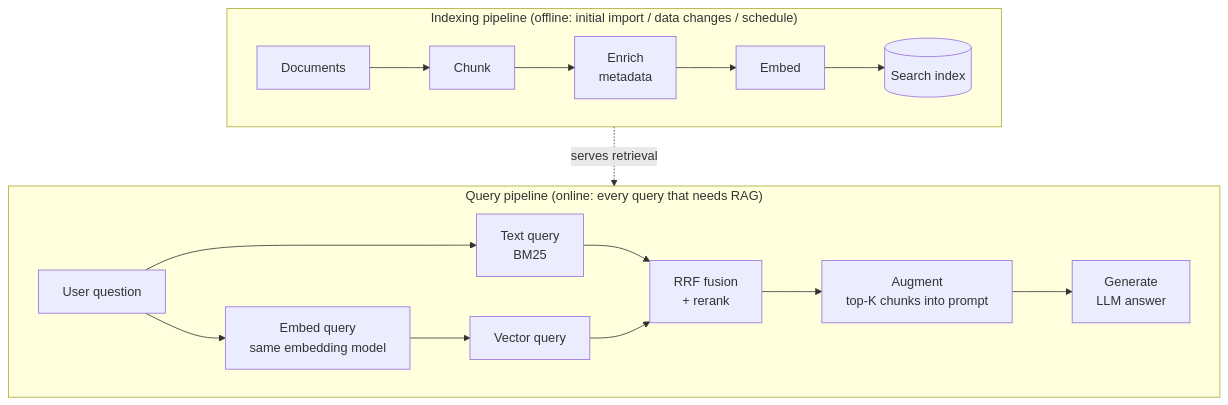
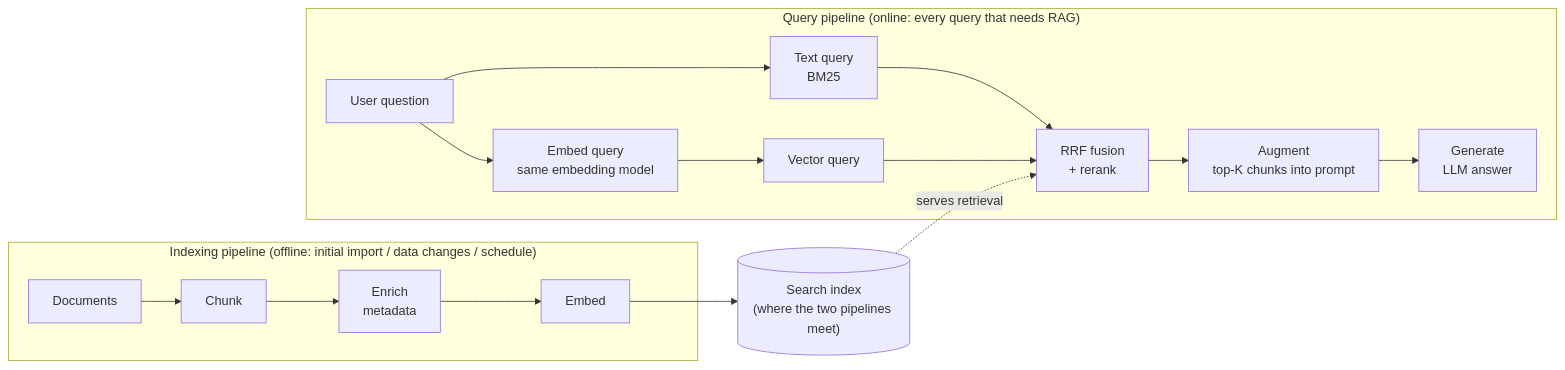
Before and after one commit to kehao-playground/azure-genai-backend-lab: the diagram in docs/diagrams/rag-two-pipelines.md, drawn with Mermaid. The commit also changed other lines of this file, not shown here.

Commit message:
docs: shared Search index node between pipeline subgraphs so index->fusion edge renders node-to-node (Hermes r07)

````diff
--- a/docs/diagrams/rag-two-pipelines.md
+++ b/docs/diagrams/rag-two-pipelines.md
@@ -7,16 +7,16 @@
 ```mermaid
-flowchart TB
+flowchart LR
     subgraph indexing["Indexing pipeline (offline: initial import / data changes / schedule)"]
-        direction LR
-        A[Documents] --> B[Chunk] --> C[Enrich<br/>metadata] --> D[Embed] --> E[(Search index)]
+        A[Documents] --> B[Chunk] --> C[Enrich<br/>metadata] --> D[Embed]
     end
+    E[("Search index<br/>(where the two pipelines meet)")]
+    D --> E
     subgraph query["Query pipeline (online: every query that needs RAG)"]
-        direction LR
         Q[User question] --> T[Text query<br/>BM25]
         Q --> QE[Embed query<br/>same embedding model] --> V[Vector query]
         T --> F[RRF fusion<br/>+ rerank]
         V --> F
         F --> G[Augment<br/>top-K chunks into prompt] --> L[Generate<br/>LLM answer]
     end
-    E -.serves retrieval.-> F
+    E -. serves retrieval .-> F
 ```
````
